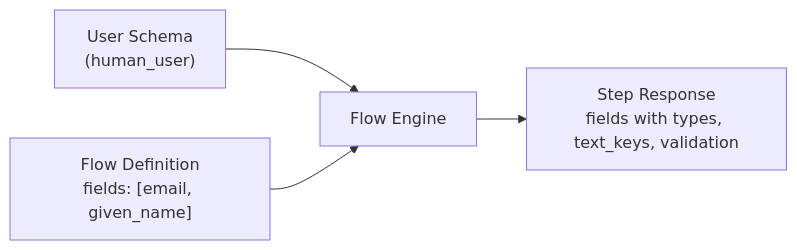
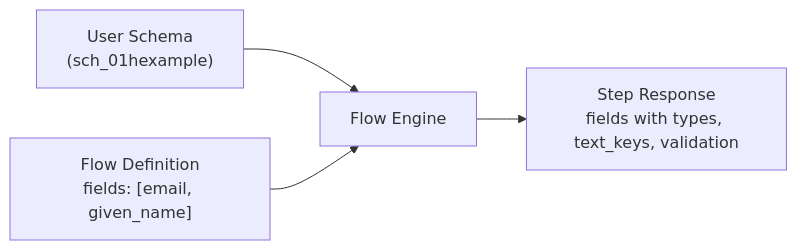
One commit to zitadel/nextgen changed the fourth of 9 diagrams in docs/design/flowengine/flow-engine-guide.md. Above: the diagram before and after it, drawn with Mermaid. The commit also changed other lines of this file and 2 other files, not shown here.

````diff
--- a/docs/design/flowengine/flow-engine-guide.md
+++ b/docs/design/flowengine/flow-engine-guide.md
@@ -290,11 +292,11 @@
 ```mermaid
 flowchart LR
-    schema["User Schema<br>(human_user)"]
+    schema["User Schema<br>(sch_01hexample)"]
     definition["Flow Definition<br>fields: [email, given_name]"]
     engine["Flow Engine"]
     response["Step Response<br>fields with types, text_keys, validation"]
 
     schema --> engine
     definition --> engine
     engine --> response
 ```
````
